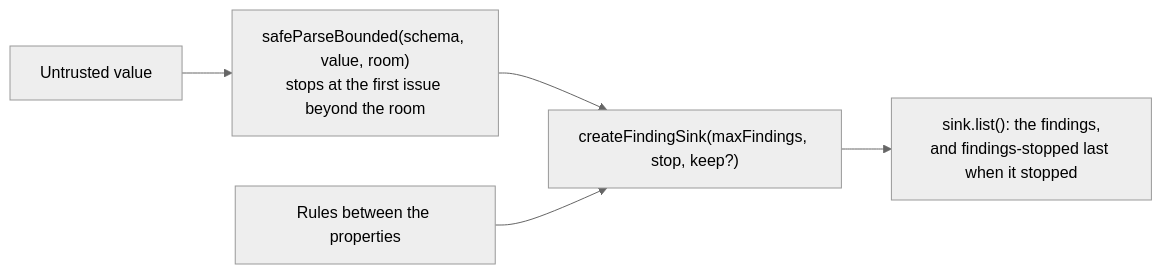
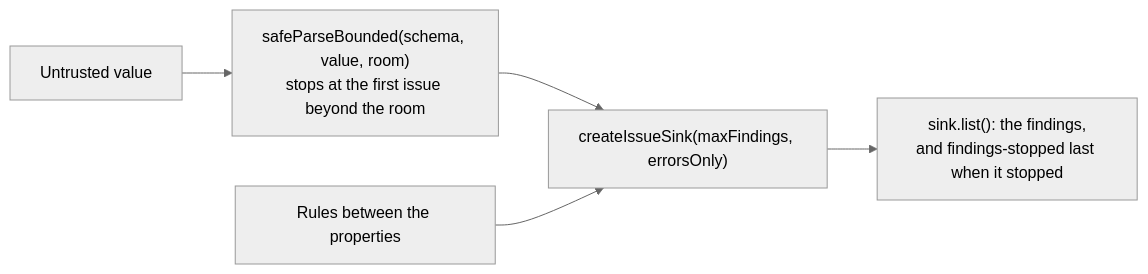
Before and after one commit to interopkit/interopkit: the second of 2 diagrams in docs/core/checks.md, drawn with Mermaid (neutral theme). The commit also changed other lines of this file and 21 other files, not shown here.

First line of the commit message:
Make one non-generic createIssueSink, which returns an IssueSink

````diff
--- a/docs/core/checks.md
+++ b/docs/core/checks.md
@@ -130,7 +130,7 @@
 ```mermaid
 flowchart LR
   value["Untrusted value"] --> parse["safeParseBounded(schema, value, room)<br/>stops at the first issue beyond the room"]
-  parse --> sink["createFindingSink(maxFindings, stop, keep?)"]
+  parse --> sink["createIssueSink(maxFindings, errorsOnly)"]
   rules["Rules between the properties"] --> sink
   sink --> list["sink.list(): the findings,<br/>and findings-stopped last when it stopped"]
 ```
````
